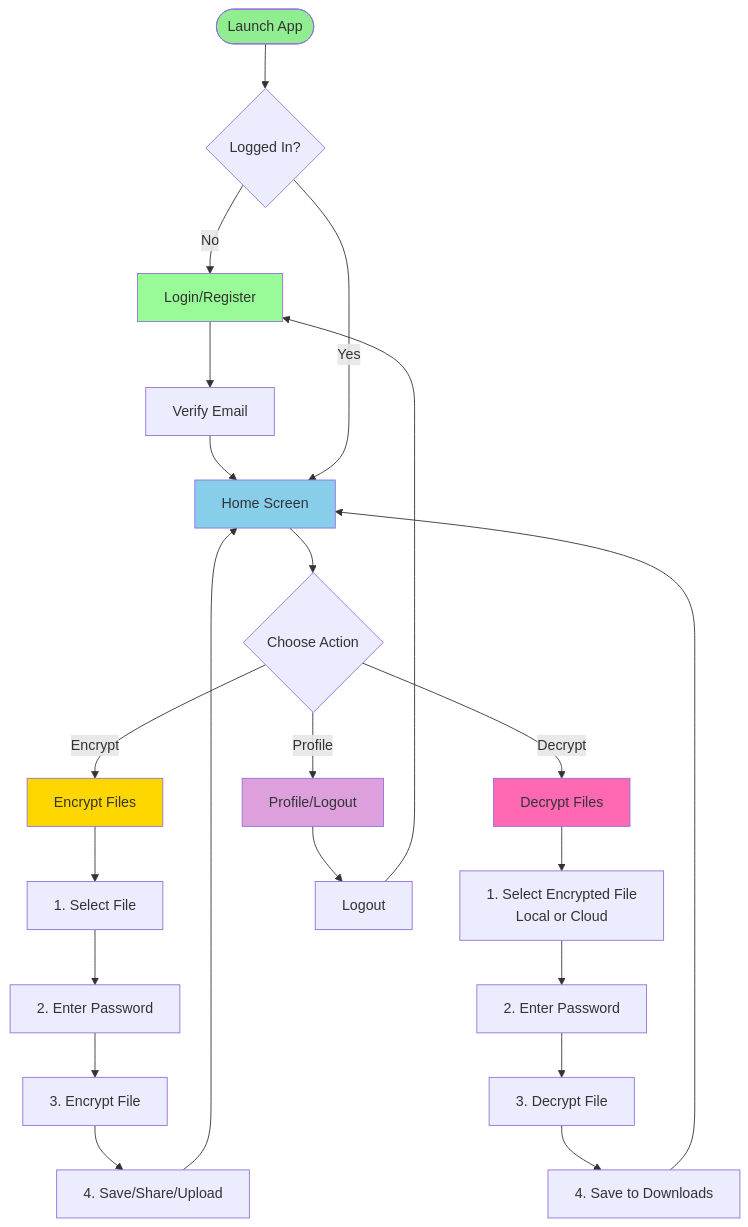
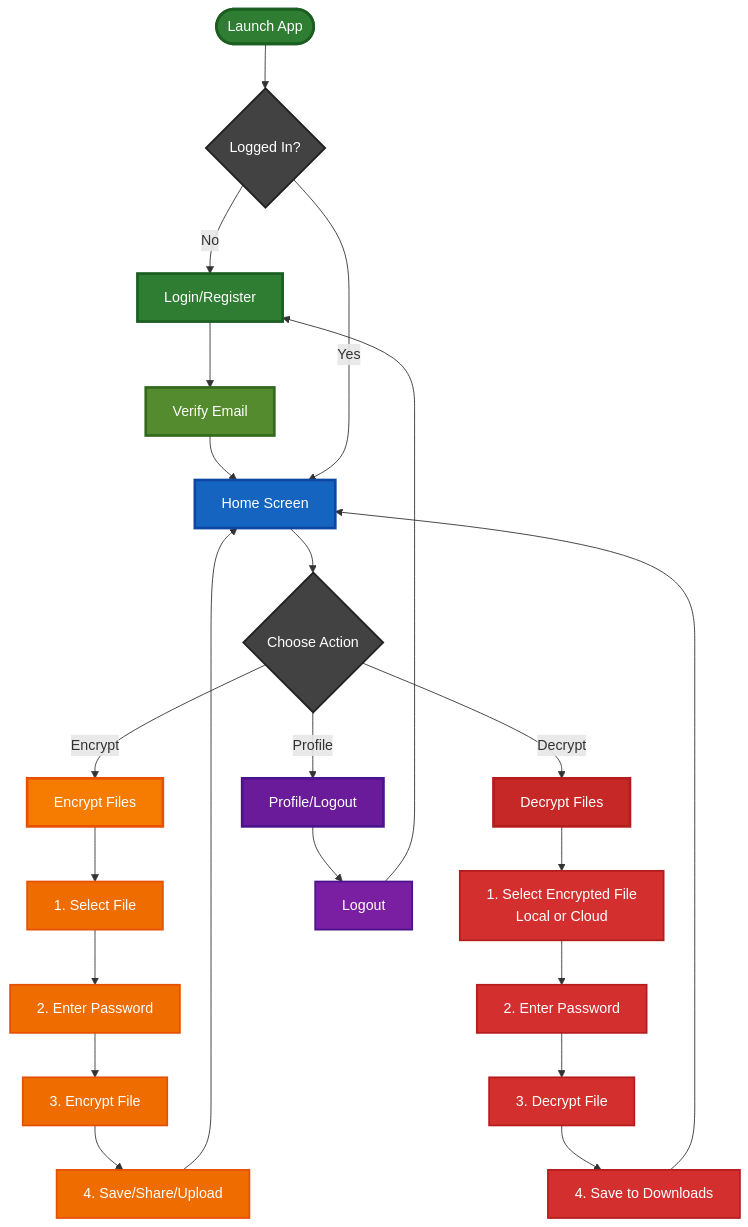
One commit to njpatil-28/File-Cryptor changed the diagram in APP_FLOW_DIAGRAM.md. Above: the diagram before and after it, drawn with Mermaid.

````diff
--- a/APP_FLOW_DIAGRAM.md
+++ b/APP_FLOW_DIAGRAM.md
@@ -5,41 +5,58 @@
 ```mermaid
 graph TD
     Start([Launch App]) --> CheckAuth{Logged In?}
 
     %% Authentication Flow
     CheckAuth -->|No| Login[Login/Register]
     Login --> VerifyEmail[Verify Email]
     VerifyEmail --> Home[Home Screen]
     CheckAuth -->|Yes| Home
 
     %% Main Navigation
     Home --> Choose{Choose Action}
     Choose -->|Encrypt| Encrypt[Encrypt Files]
     Choose -->|Decrypt| Decrypt[Decrypt Files]
     Choose -->|Profile| Profile[Profile/Logout]
 
     %% Encryption Flow
     Encrypt --> E1[1. Select File]
     E1 --> E2[2. Enter Password]
     E2 --> E3[3. Encrypt File]
     E3 --> E4[4. Save/Share/Upload]
     E4 --> Home
 
     %% Decryption Flow
     Decrypt --> D1[1. Select Encrypted File<br/>Local or Cloud]
     D1 --> D2[2. Enter Password]
     D2 --> D3[3. Decrypt File]
     D3 --> D4[4. Save to Downloads]
     D4 --> Home
 
     %% Profile Flow
     Profile --> Logout[Logout]
     Logout --> Login
 
-    style Start fill:#90EE90
-    style Home fill:#87CEEB
-    style Encrypt fill:#FFD700
-    style Decrypt fill:#FF69B4
-    style Profile fill:#DDA0DD
-    style Login fill:#98FB98
+    %% Better contrast colors with white text
+    style Start fill:#2e7d32,stroke:#1b5e20,stroke-width:3px,color:#fff
+    style Home fill:#1565c0,stroke:#0d47a1,stroke-width:3px,color:#fff
+    style Encrypt fill:#f57c00,stroke:#e65100,stroke-width:3px,color:#fff
+    style Decrypt fill:#c62828,stroke:#b71c1c,stroke-width:3px,color:#fff
+    style Profile fill:#6a1b9a,stroke:#4a148c,stroke-width:3px,color:#fff
+    style Login fill:#2e7d32,stroke:#1b5e20,stroke-width:3px,color:#fff
+    style VerifyEmail fill:#558b2f,stroke:#33691e,stroke-width:3px,color:#fff
+
+    style CheckAuth fill:#424242,stroke:#212121,stroke-width:2px,color:#fff
+    style Choose fill:#424242,stroke:#212121,stroke-width:2px,color:#fff
+
+    style E1 fill:#ef6c00,stroke:#e65100,stroke-width:2px,color:#fff
+    style E2 fill:#ef6c00,stroke:#e65100,stroke-width:2px,color:#fff
+    style E3 fill:#ef6c00,stroke:#e65100,stroke-width:2px,color:#fff
+    style E4 fill:#ef6c00,stroke:#e65100,stroke-width:2px,color:#fff
+
+    style D1 fill:#d32f2f,stroke:#b71c1c,stroke-width:2px,color:#fff
+    style D2 fill:#d32f2f,stroke:#b71c1c,stroke-width:2px,color:#fff
+    style D3 fill:#d32f2f,stroke:#b71c1c,stroke-width:2px,color:#fff
+    style D4 fill:#d32f2f,stroke:#b71c1c,stroke-width:2px,color:#fff
+
+    style Logout fill:#7b1fa2,stroke:#4a148c,stroke-width:2px,color:#fff
 ```
````
